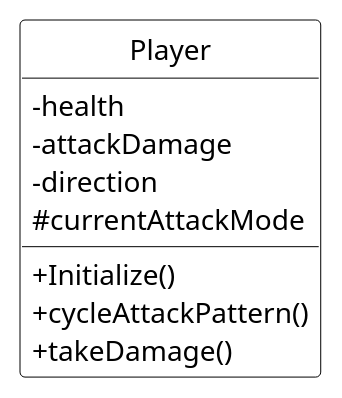
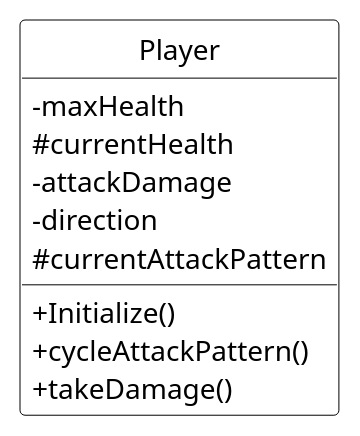
Before and after one commit to flovnes/15roguelike: the diagram in Flowcharts/player.md, drawn with PlantUML. The commit also changed 13 other files, not shown here.

Commit message:
edit diagrams & build settings

```diff
--- a/Flowcharts/player.md
+++ b/Flowcharts/player.md
@@ -1,23 +1,24 @@
 @startuml
 skinparam linetype ortho
 skinparam class {
     BackgroundColor White
     BorderColor Black
     FontColor Black
     ArrowColor Black
 }
 
 skinparam classAttributeIconSize 0
 skinparam style strictuml
 
 class Player {
-  - health
+  - maxHealth
+  # currentHealth 
   - attackDamage
   - direction
-  # currentAttackMode
+  # currentAttackPattern
   + Initialize()
   + cycleAttackPattern()
   + takeDamage()
 }
 
 @enduml
```
